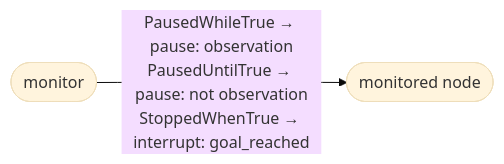
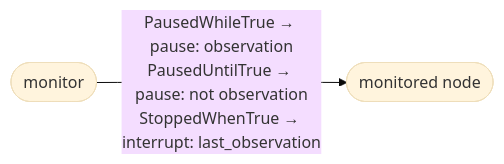
Before and after one commit to Tigul/cognitive_robot_abstract_machine: diagram 11 of 11 in giskardpy/doc/motion_statecharts.md, drawn with Mermaid (base theme). The commit also changed other lines of this file and 16 other files, not shown here.

First line of the commit message:
refactor(motion_statechart): replace `goal_reached` with `last_observation` across codebase

````diff
--- a/giskardpy/doc/motion_statecharts.md
+++ b/giskardpy/doc/motion_statecharts.md
@@ -494,6 +486,6 @@
 ```{mermaid}
 flowchart LR
     monitor(["monitor"])
     node(["monitored node"])
-    monitor -- "PausedWhileTrue → pause: observation<br/>PausedUntilTrue → pause: not observation<br/>StoppedWhenTrue → interrupt: goal_reached" --> node
+    monitor -- "PausedWhileTrue → pause: observation<br/>PausedUntilTrue → pause: not observation<br/>StoppedWhenTrue → interrupt: last_observation" --> node
 ```
````
